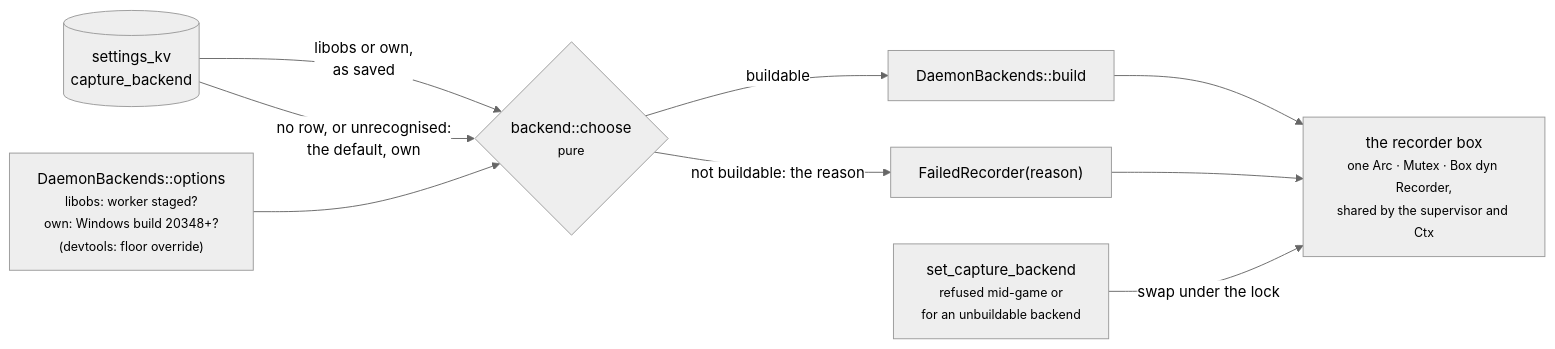
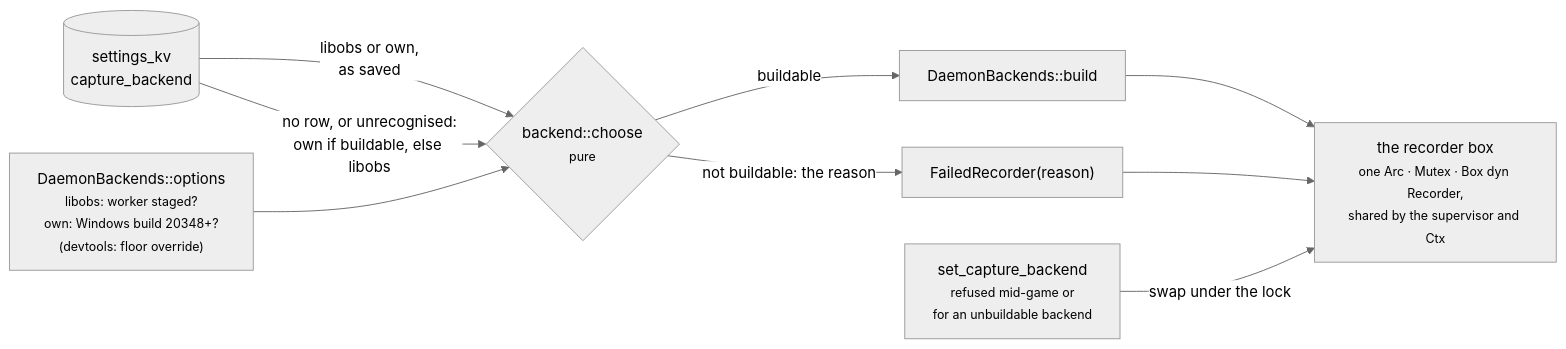
One commit to NinjaGoldfinch/ninja-recorder changed the sixth of 10 diagrams in docs/architecture.md. Above: the diagram before and after it, drawn with Mermaid (neutral theme). The commit also changed other lines of this file and 21 other files, not shown here.

````diff
--- a/docs/architecture.md
+++ b/docs/architecture.md
@@ -333,11 +333,11 @@
 ```mermaid
 flowchart LR
     KV[("settings_kv<br/>capture_backend")] -->|"libobs or own,<br/>as saved"| C{"backend::choose<br/><small>pure</small>"}
-    KV -->|"no row, or unrecognised:<br/>the default, own"| C
+    KV -->|"no row, or unrecognised:<br/>own if buildable, else libobs"| C
     OPT["DaemonBackends::options<br/><small>libobs: worker staged?<br/>own: Windows build 20348+?<br/>(devtools: floor override)</small>"] --> C
     C -->|"buildable"| B["DaemonBackends::build"]
     C -->|"not buildable: the reason"| F["FailedRecorder(reason)"]
     B --> BOX["the recorder box<br/><small>one Arc · Mutex · Box dyn Recorder,<br/>shared by the supervisor and Ctx</small>"]
     F --> BOX
     SET["set_capture_backend<br/><small>refused mid-game or<br/>for an unbuildable backend</small>"] -->|"swap under the lock"| BOX
 ```
````
